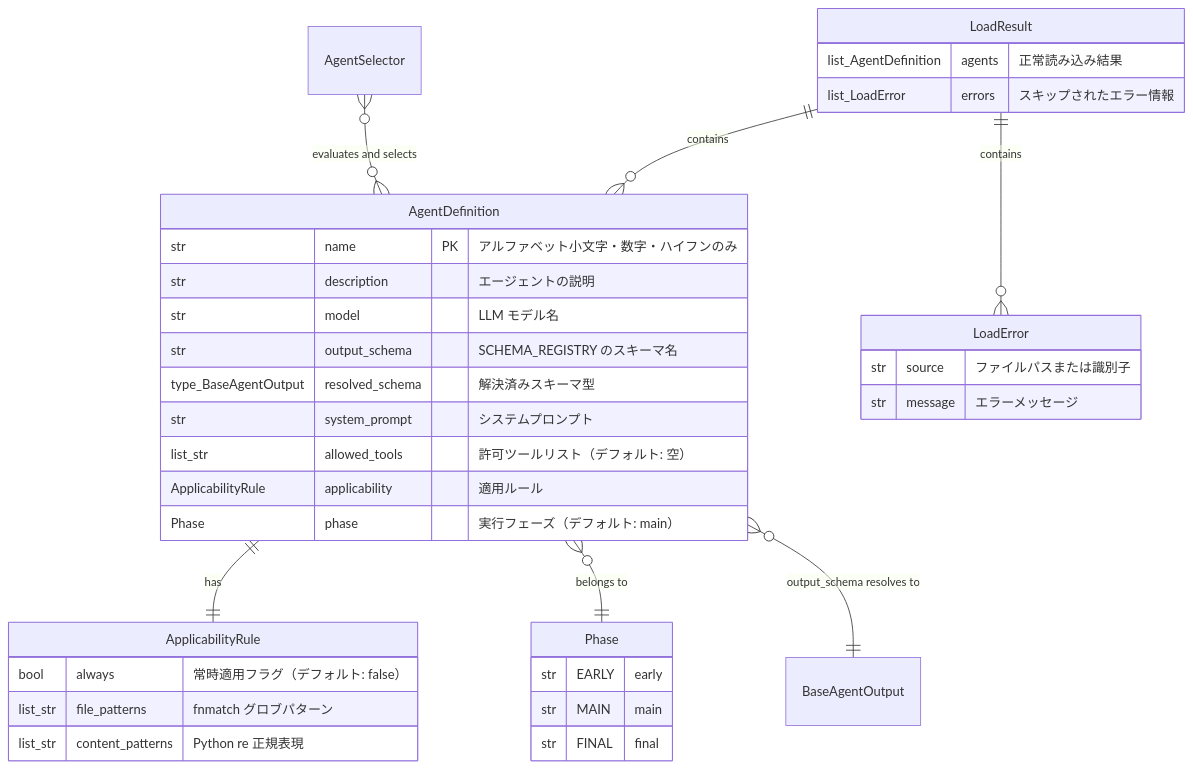
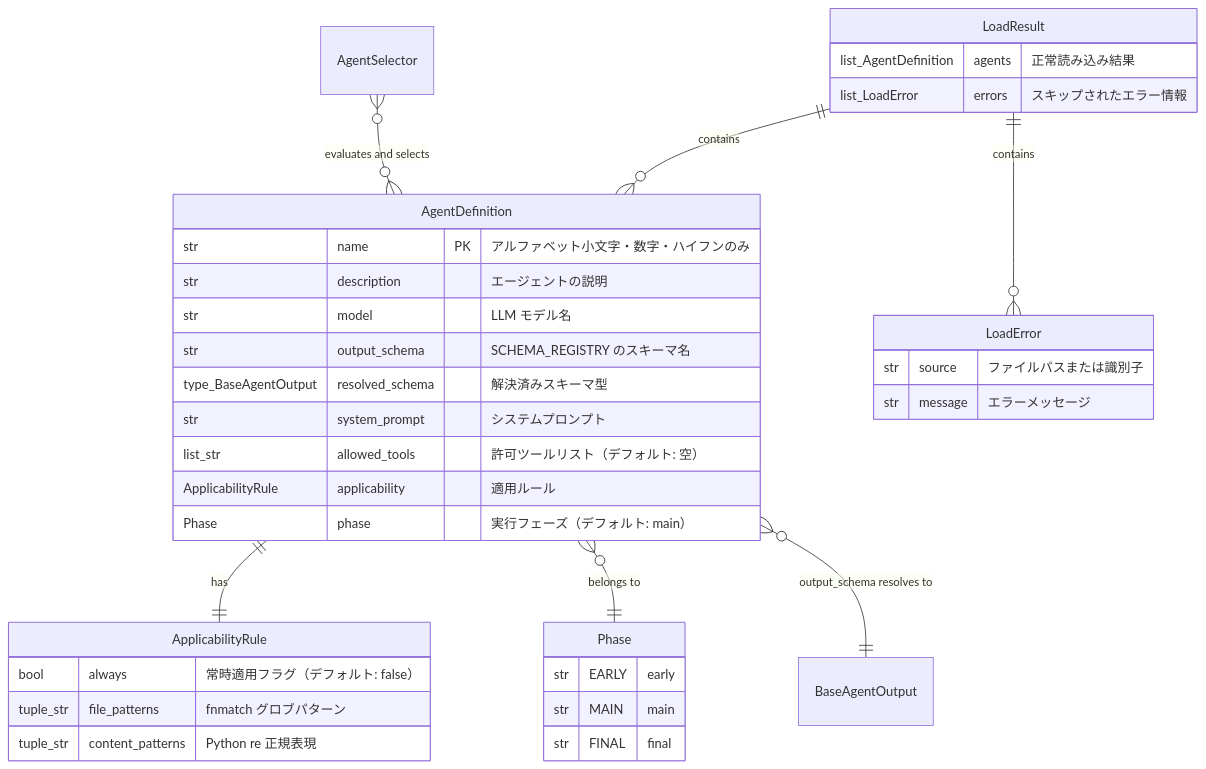
Before and after one commit to drillan/hachimoku: the diagram in specs/003-agent-definition/data-model.md, drawn with Mermaid. The commit also changed other lines of this file and 3 other files, not shown here.

First line of the commit message:
refactor(#31): ApplicabilityRule の list[str] を tuple[str, ...] に変更

````diff
--- a/specs/003-agent-definition/data-model.md
+++ b/specs/003-agent-definition/data-model.md
@@ -7,43 +7,43 @@
 ```mermaid
 erDiagram
     AgentDefinition ||--|| ApplicabilityRule : "has"
     AgentDefinition }o--|| Phase : "belongs to"
     AgentDefinition }o--|| BaseAgentOutput : "output_schema resolves to"
     LoadResult ||--o{ AgentDefinition : "contains"
     LoadResult ||--o{ LoadError : "contains"
     AgentSelector }o--o{ AgentDefinition : "evaluates and selects"
 
     AgentDefinition {
         str name PK "アルファベット小文字・数字・ハイフンのみ"
         str description "エージェントの説明"
         str model "LLM モデル名"
         str output_schema "SCHEMA_REGISTRY のスキーマ名"
         type_BaseAgentOutput resolved_schema "解決済みスキーマ型"
         str system_prompt "システムプロンプト"
         list_str allowed_tools "許可ツールリスト（デフォルト: 空）"
         ApplicabilityRule applicability "適用ルール"
         Phase phase "実行フェーズ（デフォルト: main）"
     }
 
     ApplicabilityRule {
         bool always "常時適用フラグ（デフォルト: false）"
-        list_str file_patterns "fnmatch グロブパターン"
-        list_str content_patterns "Python re 正規表現"
+        tuple_str file_patterns "fnmatch グロブパターン"
+        tuple_str content_patterns "Python re 正規表現"
     }
 
     Phase {
         str EARLY "early"
         str MAIN "main"
         str FINAL "final"
     }
 
     LoadResult {
         list_AgentDefinition agents "正常読み込み結果"
         list_LoadError errors "スキップされたエラー情報"
     }
 
     LoadError {
         str source "ファイルパスまたは識別子"
         str message "エラーメッセージ"
     }
 ```
````
